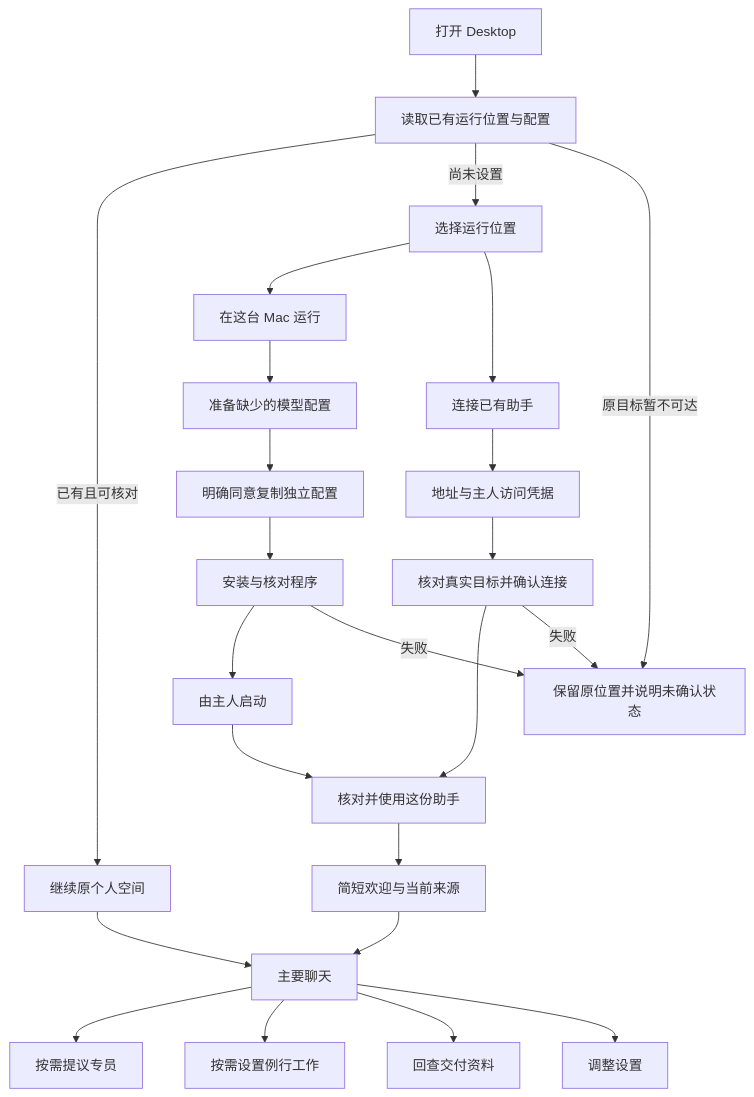
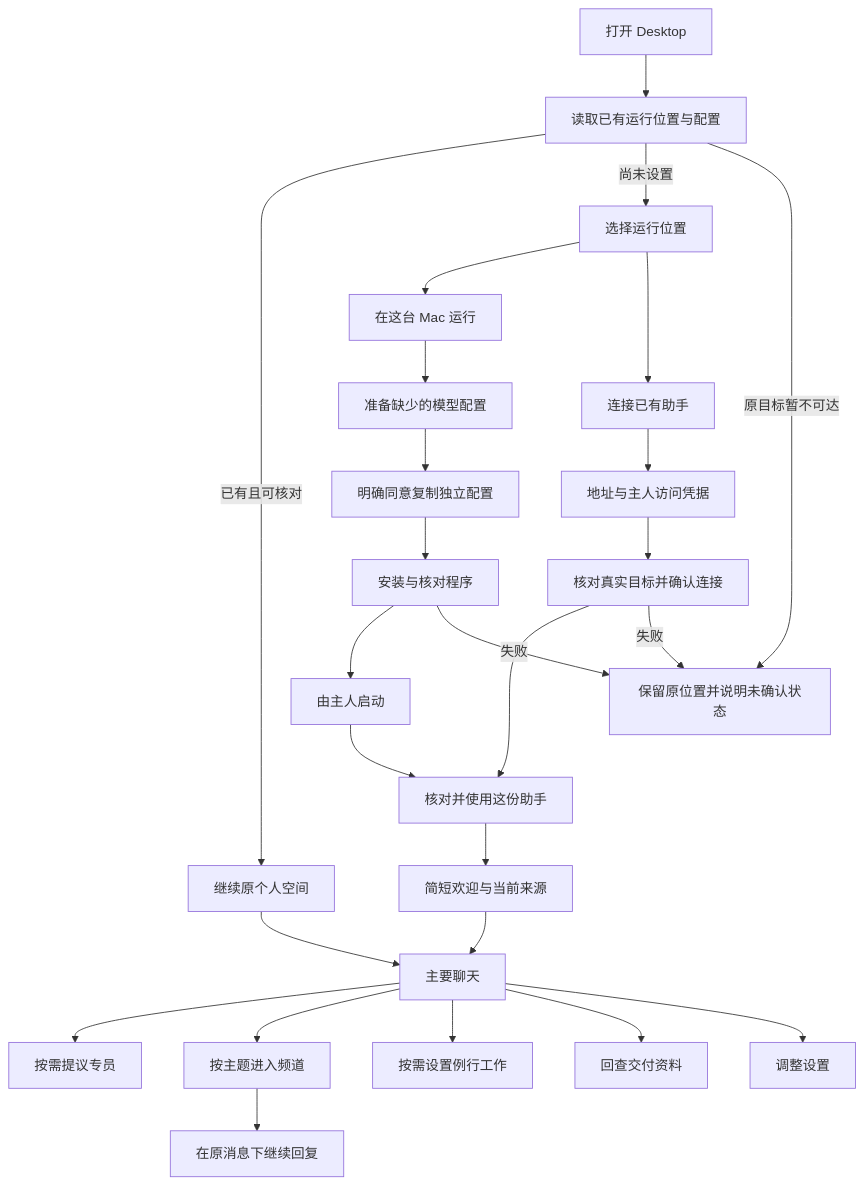
Before and after one commit to DingHappy/VortoCode: the diagram in docs/design/personal-experience/README.md, drawn with Mermaid. The commit also changed other lines of this file and 35 other files, not shown here.

````diff
--- a/docs/design/personal-experience/README.md
+++ b/docs/design/personal-experience/README.md
@@ -40,26 +40,28 @@
 ```mermaid
 flowchart TD
   Open[打开 Desktop] --> Inspect[读取已有运行位置与配置]
   Inspect -->|已有且可核对| Resume[继续原个人空间]
   Inspect -->|尚未设置| Where[选择运行位置]
   Where --> Local[在这台 Mac 运行]
   Where --> Remote[连接已有助手]
   Local --> Model[准备缺少的模型配置]
   Model --> Consent[明确同意复制独立配置]
   Consent --> Install[安装与核对程序]
   Install --> Start[由主人启动]
   Start --> Connect[核对并使用这份助手]
   Remote --> Address[地址与主人访问凭据]
   Address --> Verify[核对真实目标并确认连接]
   Verify --> Connect
   Connect --> Ready[简短欢迎与当前来源]
   Ready --> Chat[主要聊天]
   Resume --> Chat
   Chat --> Staff[按需提议专员]
+  Chat --> Channel[按主题进入频道]
+  Channel --> Replies[在原消息下继续回复]
   Chat --> Routine[按需设置例行工作]
   Chat --> Library[回查交付资料]
   Chat --> Settings[调整设置]
   Inspect -->|原目标暂不可达| Recovery[保留原位置并说明未确认状态]
   Verify -->|失败| Recovery
   Install -->|失败| Recovery
 ```
````
